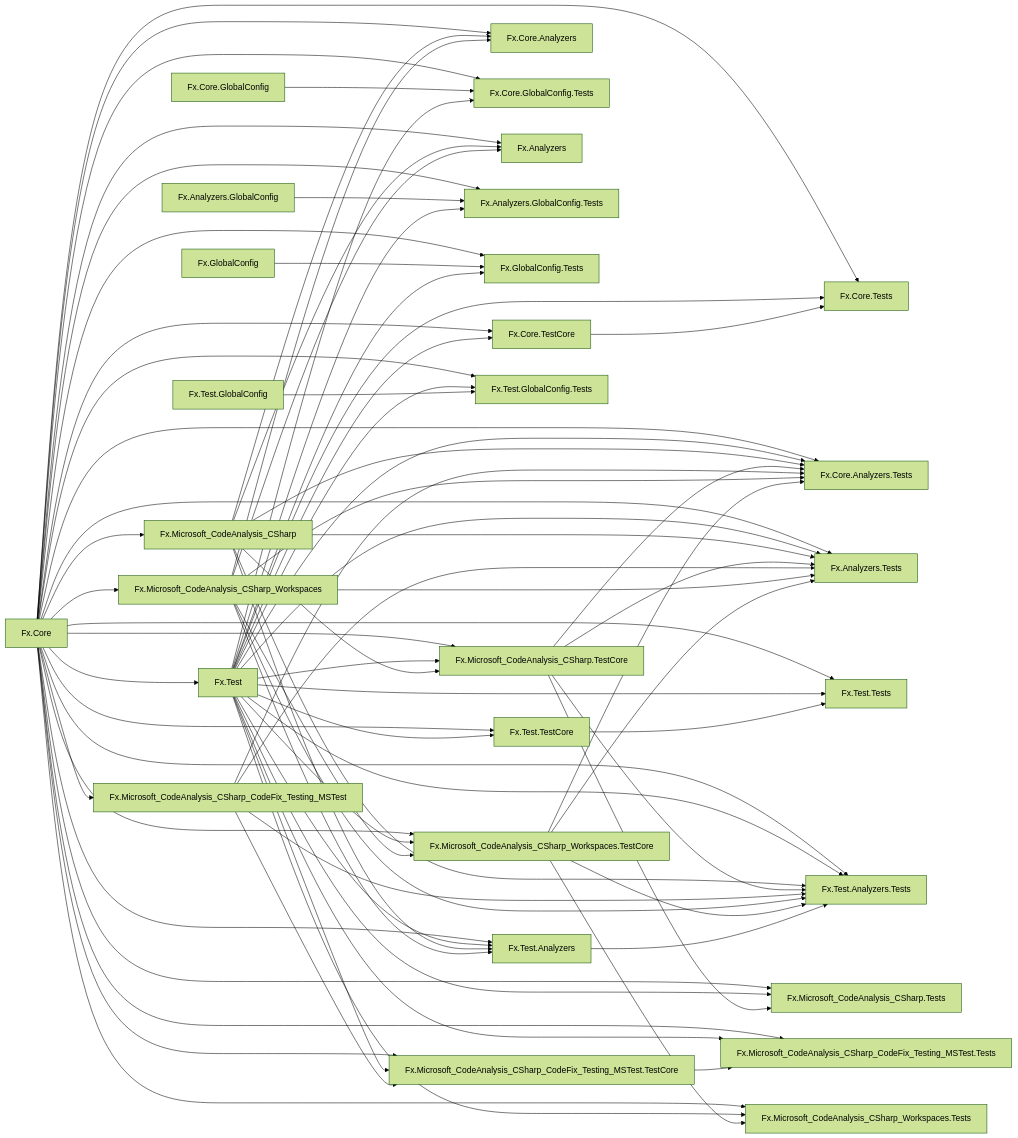
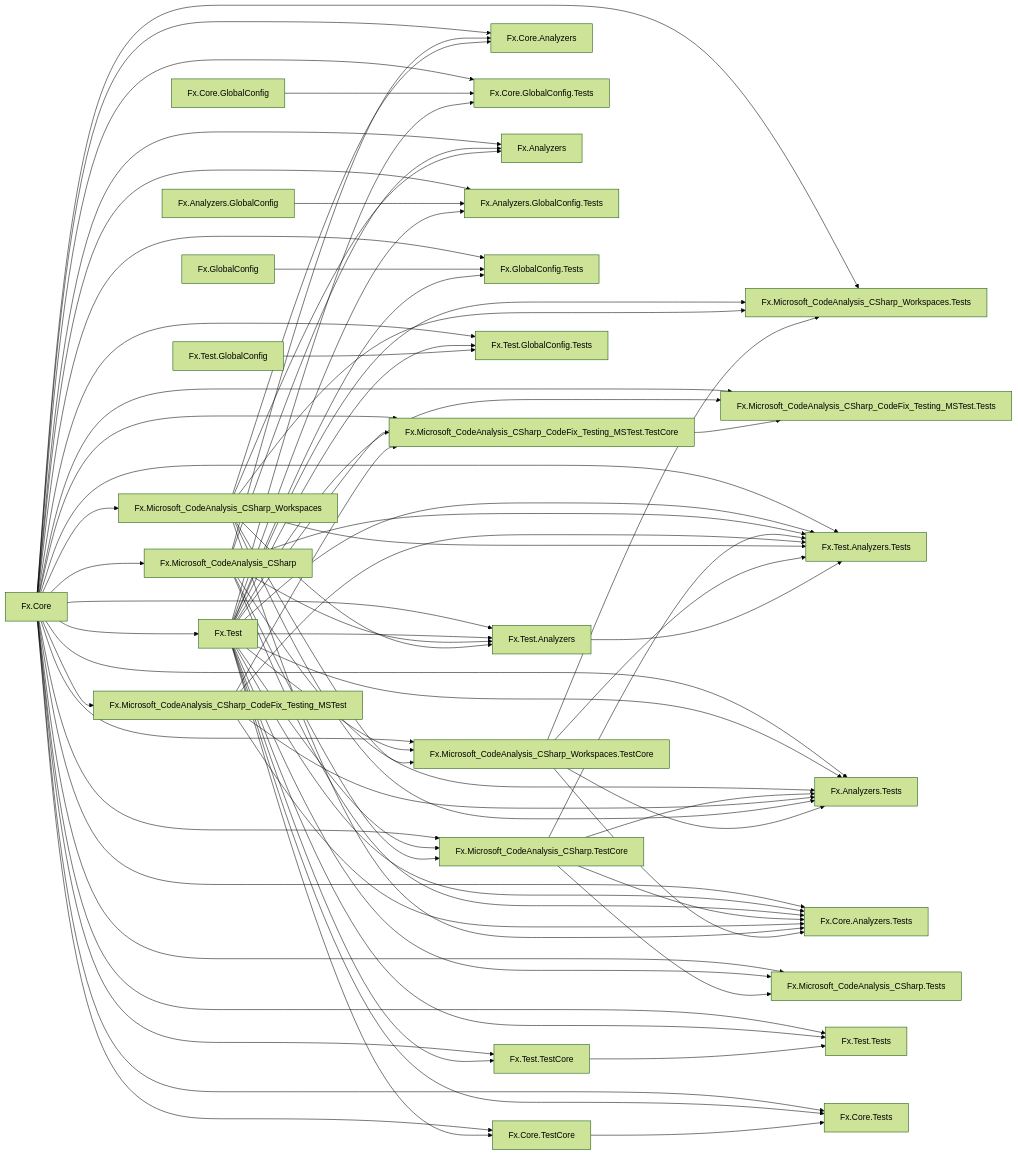
One commit to ravudet/Fx.Core changed the diagram in graph.md. Above: the diagram before and after it, drawn with Mermaid (forest theme).

````diff
--- a/graph.md
+++ b/graph.md
@@ -128,5 +128,6 @@
 
 	Fx.Core --> Fx.Microsoft_CodeAnalysis_CSharp_Workspaces.Tests
 	Fx.Test --> Fx.Microsoft_CodeAnalysis_CSharp_Workspaces.Tests
+	Fx.Microsoft_CodeAnalysis_CSharp_Workspaces --> Fx.Microsoft_CodeAnalysis_CSharp_Workspaces.Tests
 	Fx.Microsoft_CodeAnalysis_CSharp_Workspaces.TestCore --> Fx.Microsoft_CodeAnalysis_CSharp_Workspaces.Tests
 ```
````
